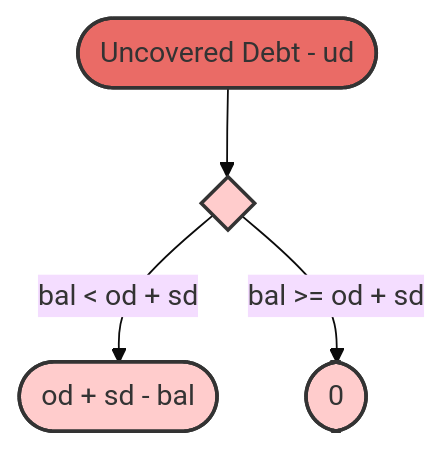
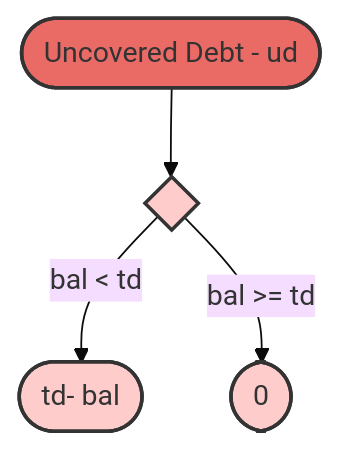
The eighth of 8 diagrams in DIAGRAMS.md (sablier-labs/flow), drawn with Mermaid (base theme) before and after one commit. The commit also changed other lines of this file and 1 other file, not shown here.

First line of the commit message:
docs(diagrams): update diagrams with voided status

````diff
--- a/DIAGRAMS.md
+++ b/DIAGRAMS.md
@@ -241,15 +254,15 @@
 ```mermaid
 flowchart TD
     di0{ }:::red1
     sd([Uncovered Debt - ud]):::red0
-    res_sd(["od + sd - bal"]):::red1
+    res_sd(["td- bal"]):::red1
     res_zero([0]):::red1
 
     sd --> di0
-    di0 -- "bal < od + sd" --> res_sd
-    di0 -- "bal >= od + sd" --> res_zero
+    di0 -- "bal < td" --> res_sd
+    di0 -- "bal >= td" --> res_zero
 
     classDef red0 fill:#EA6B66,stroke:#333,stroke-width:2px;
     classDef red1 fill:#FFCCCC,stroke:#333,stroke-width:2px;
 
 ```
````
